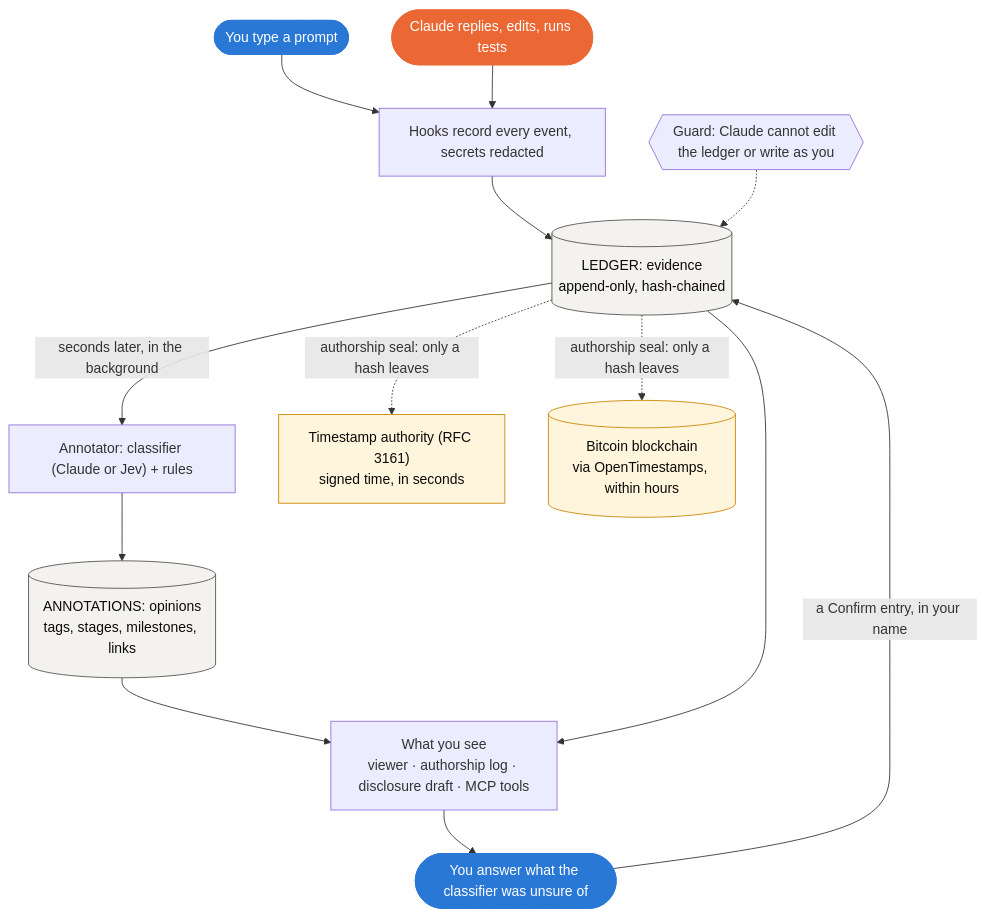
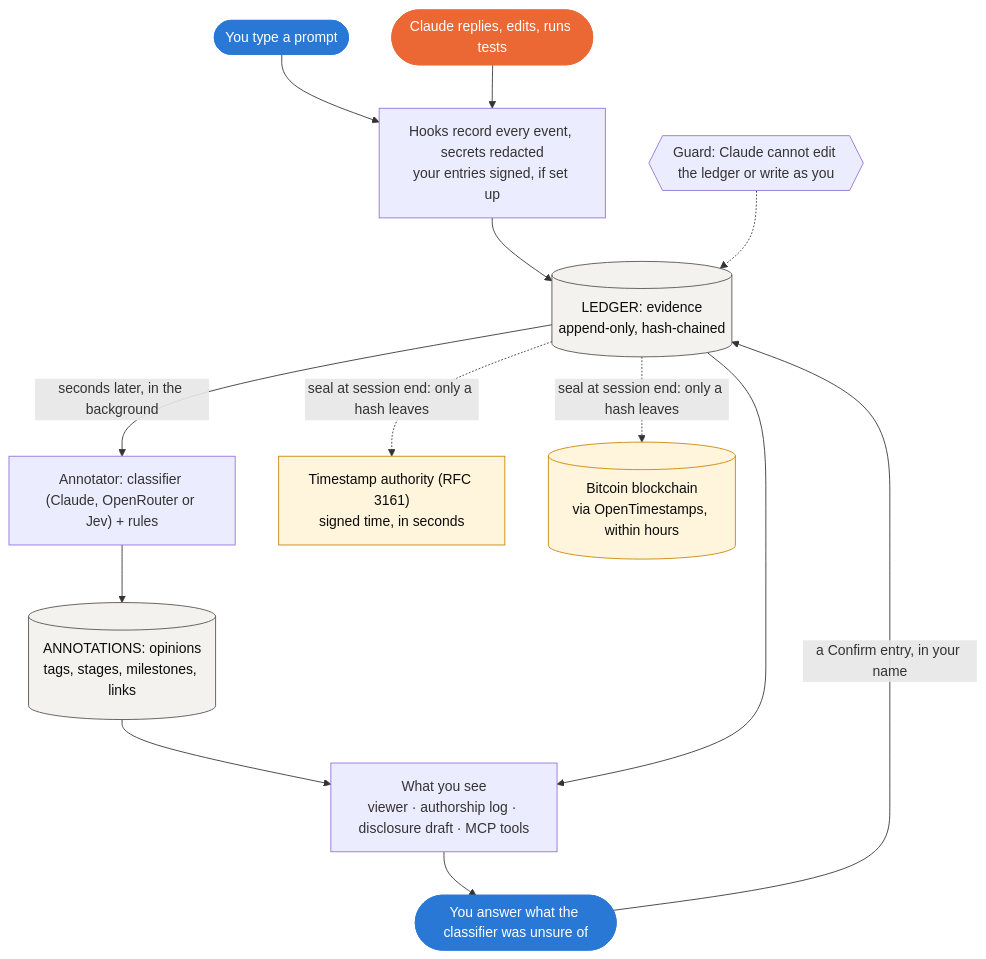
One commit to PedroVela/authorship changed the first of 4 diagrams in README.md. Above: the diagram before and after it, drawn with Mermaid. The commit also changed other lines of this file and 2 other files, not shown here.

First line of the commit message:
Docs: bring every page up to 0.3.0, with a documentation map

````diff
--- a/README.md
+++ b/README.md
@@ -142,23 +145,23 @@
 ```mermaid
 flowchart TD
   you(["You type a prompt"]) --> hooks
   claude(["Claude replies, edits, runs tests"]) --> hooks
-  hooks["Hooks record every event, secrets redacted"] --> ledger
+  hooks["Hooks record every event, secrets redacted<br/>your entries signed, if set up"] --> ledger
   guard{{"Guard: Claude cannot edit the ledger or write as you"}} -.-> ledger
   ledger[("LEDGER: evidence<br/>append-only, hash-chained")] -- "seconds later, in the background" --> annot
-  annot["Annotator: classifier (Claude or Jev) + rules"] --> ann[("ANNOTATIONS: opinions<br/>tags, stages, milestones, links")]
+  annot["Annotator: classifier (Claude, OpenRouter or Jev) + rules"] --> ann[("ANNOTATIONS: opinions<br/>tags, stages, milestones, links")]
   ann --> views["What you see<br/>viewer · authorship log · disclosure draft · MCP tools"]
   ledger --> views
   views --> review(["You answer what the classifier was unsure of"])
   review -- "a Confirm entry, in your name" --> ledger
-  ledger -. "authorship seal: only a hash leaves" .-> tsa["Timestamp authority (RFC 3161)<br/>signed time, in seconds"]
-  ledger -. "authorship seal: only a hash leaves" .-> btc[("Bitcoin blockchain<br/>via OpenTimestamps, within hours")]
+  ledger -. "seal at session end: only a hash leaves" .-> tsa["Timestamp authority (RFC 3161)<br/>signed time, in seconds"]
+  ledger -. "seal at session end: only a hash leaves" .-> btc[("Bitcoin blockchain<br/>via OpenTimestamps, within hours")]
   classDef store fill:#f3f2ee,stroke:#52514e,color:#0b0b0b
   classDef person fill:#2a78d6,stroke:#2a78d6,color:#fff
   classDef ai fill:#eb6834,stroke:#eb6834,color:#fff
   class ledger,ann store
   class you,review person
   class claude ai
   classDef chain fill:#fff4dc,stroke:#c98500,color:#0b0b0b
   class btc,tsa chain
 ```
````
